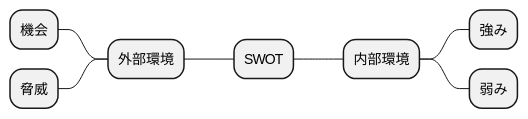
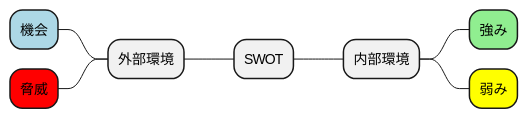
Before and after one commit to k2works/case-sutudy-business-analysis: the third of 15 diagrams in docs/case/r0X_case_X.adoc, drawn with PlantUML.

Commit message:
docs:テンプレート

```diff
--- a/docs/case/r0X_case_X.adoc
+++ b/docs/case/r0X_case_X.adoc
@@ -65,14 +65,15 @@
 [plantuml]
 ----
 @startmindmap
 
 * SWOT
 ** 内部環境
-*** 強み
-*** 弱み
+***[#lightgreen] 強み
+***[#yellow] 弱み
 left side
 ** 外部環境
-*** 機会
-*** 脅威
+***[#lightblue] 機会
+***[#red] 脅威
+
 @endmindmap
 ----
```
